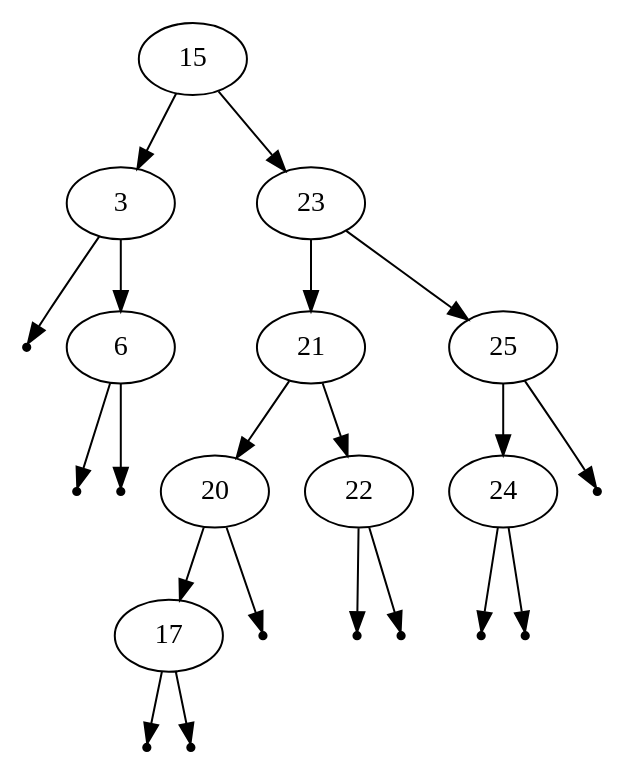
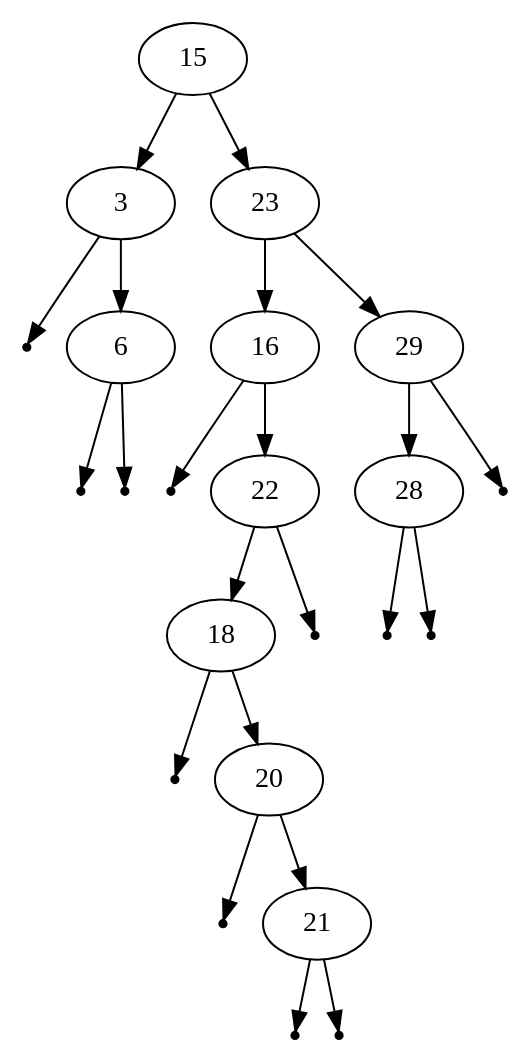
One commit to weiss-i-net/progra changed the diagram in zettel05/aufgabe06/t2.dot. Above: the diagram before and after it, drawn with Graphviz. The commit also changed 20 other files, not shown here.

```diff
--- a/zettel05/aufgabe06/t2.dot
+++ b/zettel05/aufgabe06/t2.dot
@@ -1,34 +1,37 @@
 digraph { 
 graph[ordering="out"]; 
 15 -> 3;
 null0[shape=point]
 3 -> null0;
 3 -> 6;
 null1[shape=point]
 6 -> null1;
 null2[shape=point]
 6 -> null2;
 15 -> 23;
-23 -> 21;
-21 -> 20;
-20 -> 17;
+23 -> 16;
 null3[shape=point]
-17 -> null3;
+16 -> null3;
+16 -> 22;
+22 -> 18;
 null4[shape=point]
-17 -> null4;
+18 -> null4;
+18 -> 20;
 null5[shape=point]
 20 -> null5;
-21 -> 22;
+20 -> 21;
 null6[shape=point]
-22 -> null6;
+21 -> null6;
 null7[shape=point]
-22 -> null7;
-23 -> 25;
-25 -> 24;
+21 -> null7;
 null8[shape=point]
-24 -> null8;
+22 -> null8;
+23 -> 29;
+29 -> 28;
 null9[shape=point]
-24 -> null9;
+28 -> null9;
 null10[shape=point]
-25 -> null10;
+28 -> null10;
+null11[shape=point]
+29 -> null11;
 }
```
